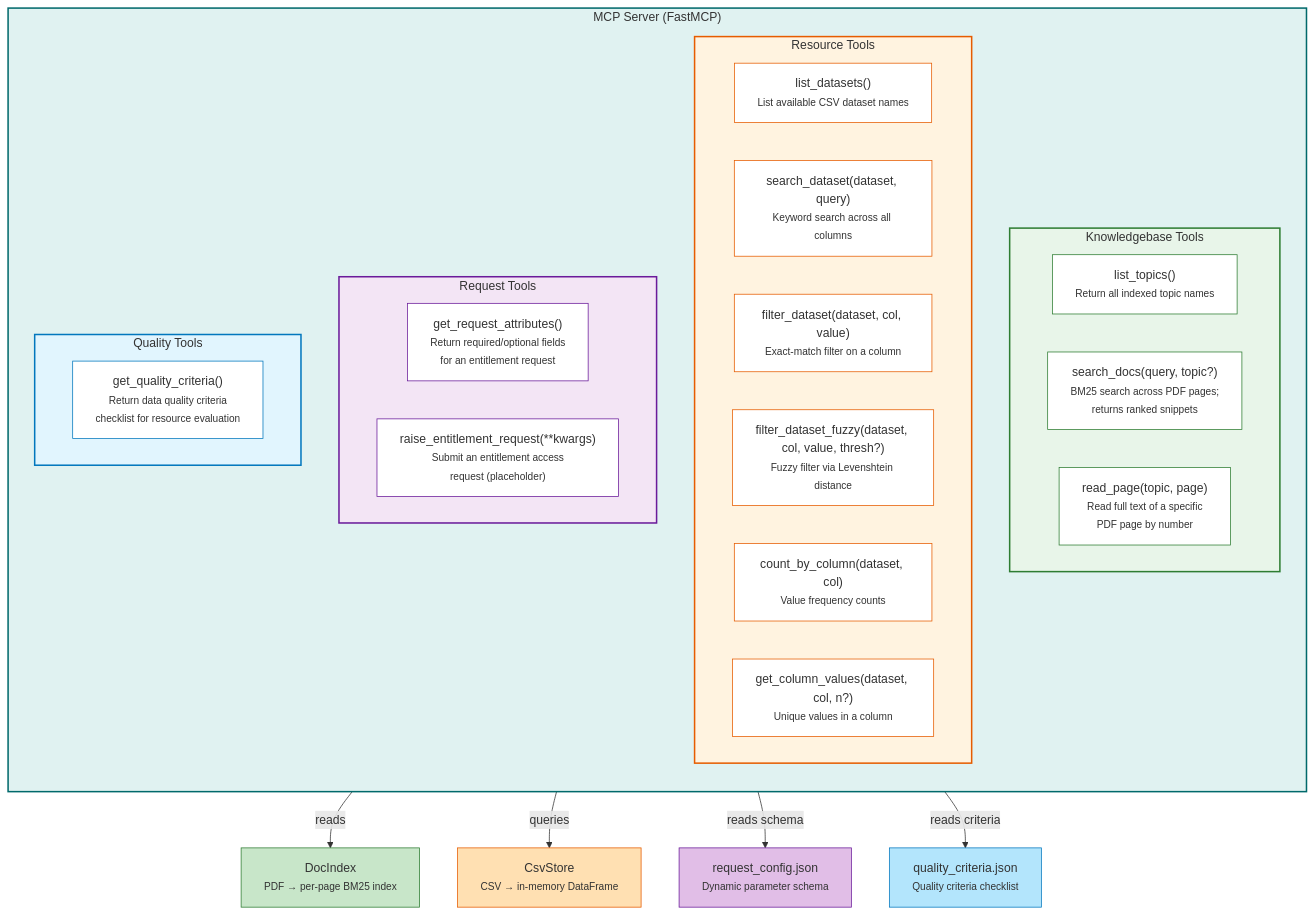
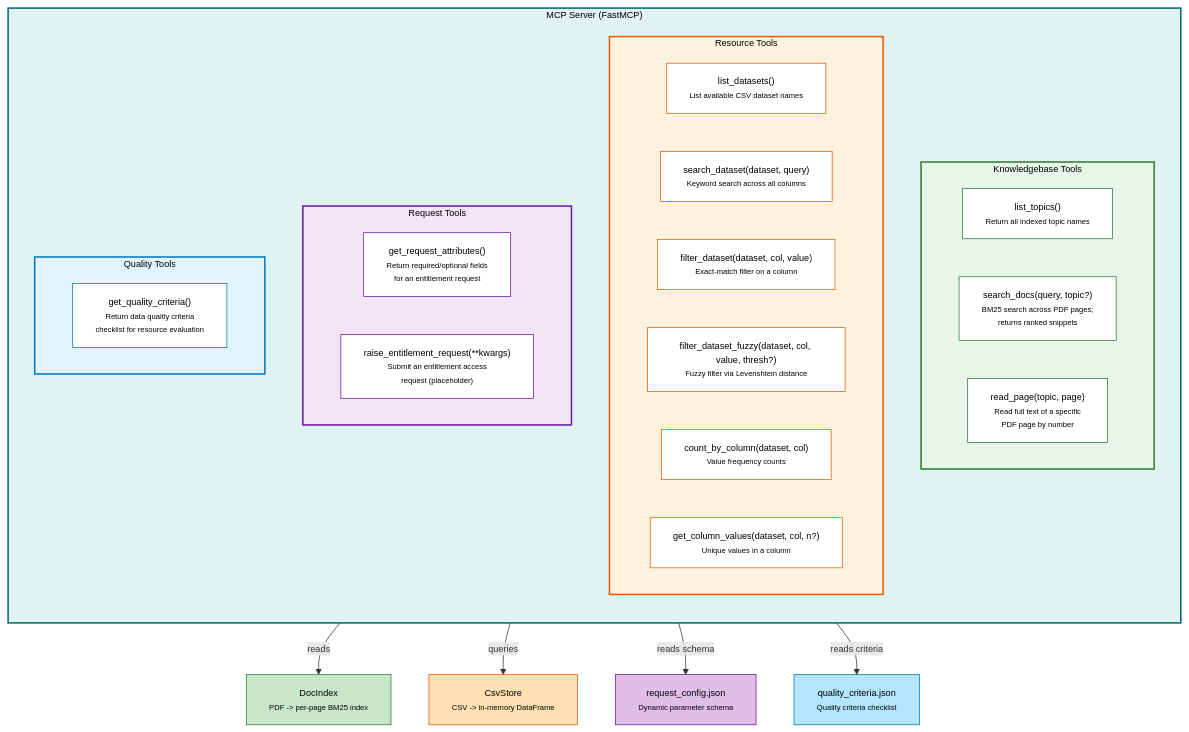
One commit to vsrajan/AgenticAI changed the third of 3 diagrams in docs/architecture.md. Above: the diagram before and after it, drawn with Mermaid. The commit also changed other lines of this file, not shown here.

First line of the commit message:
Improve Mermaid diagram legibility for dark-theme browsers

````diff
--- a/docs/architecture.md
+++ b/docs/architecture.md
@@ -157,57 +159,58 @@
 ```mermaid
+%%{init: {'theme': 'default', 'themeVariables': {'fontSize': '12px'}, 'flowchart': {'useMaxWidth': false}}}%%
 graph TD
     subgraph MCP_SERVER ["MCP Server (FastMCP)"]
         direction TB
 
         subgraph KB_GROUP ["Knowledgebase Tools"]
             T1["list_topics()<br/><small>Return all indexed topic names</small>"]
             T2["search_docs(query, topic?)<br/><small>BM25 search across PDF pages;<br/>returns ranked snippets</small>"]
             T3["read_page(topic, page)<br/><small>Read full text of a specific<br/>PDF page by number</small>"]
         end
 
         subgraph RES_GROUP ["Resource Tools"]
             T4["list_datasets()<br/><small>List available CSV dataset names</small>"]
             T5["search_dataset(dataset, query)<br/><small>Keyword search across all columns</small>"]
             T6["filter_dataset(dataset, col, value)<br/><small>Exact-match filter on a column</small>"]
             T7["filter_dataset_fuzzy(dataset, col, value, thresh?)<br/><small>Fuzzy filter via Levenshtein distance</small>"]
             T8["count_by_column(dataset, col)<br/><small>Value frequency counts</small>"]
             T9["get_column_values(dataset, col, n?)<br/><small>Unique values in a column</small>"]
         end
 
         subgraph REQ_GROUP ["Request Tools"]
             T10["get_request_attributes()<br/><small>Return required/optional fields<br/>for an entitlement request</small>"]
             T11["raise_entitlement_request(**kwargs)<br/><small>Submit an entitlement access<br/>request (placeholder)</small>"]
         end
 
         subgraph QUAL_GROUP ["Quality Tools"]
             T12["get_quality_criteria()<br/><small>Return data quality criteria<br/>checklist for resource evaluation</small>"]
         end
     end
 
-    KB_GROUP -->|"reads"| DOC_IDX["DocIndex<br/><small>PDF → per-page BM25 index</small>"]
-    RES_GROUP -->|"queries"| CSV_STORE["CsvStore<br/><small>CSV → in-memory DataFrame</small>"]
+    KB_GROUP -->|"reads"| DOC_IDX["DocIndex<br/><small>PDF -> per-page BM25 index</small>"]
+    RES_GROUP -->|"queries"| CSV_STORE["CsvStore<br/><small>CSV -> in-memory DataFrame</small>"]
     REQ_GROUP -->|"reads schema"| REQ_CFG["request_config.json<br/><small>Dynamic parameter schema</small>"]
     QUAL_GROUP -->|"reads criteria"| QUAL_CFG["quality_criteria.json<br/><small>Quality criteria checklist</small>"]
 
-    style MCP_SERVER fill:#e0f2f1,stroke:#00696b,stroke-width:2px
-    style KB_GROUP fill:#e8f5e9,stroke:#2e7d32,stroke-width:2px
-    style RES_GROUP fill:#fff3e0,stroke:#e65c00,stroke-width:2px
-    style REQ_GROUP fill:#f3e5f5,stroke:#6a1b9a,stroke-width:2px
-    style DOC_IDX fill:#c8e6c9,stroke:#2e7d32,stroke-width:1px
-    style CSV_STORE fill:#ffe0b2,stroke:#e65c00,stroke-width:1px
-    style REQ_CFG fill:#e1bee7,stroke:#6a1b9a,stroke-width:1px
-    style T1 fill:#fff,stroke:#2e7d32
-    style T2 fill:#fff,stroke:#2e7d32
-    style T3 fill:#fff,stroke:#2e7d32
-    style T4 fill:#fff,stroke:#e65c00
-    style T5 fill:#fff,stroke:#e65c00
-    style T6 fill:#fff,stroke:#e65c00
-    style T7 fill:#fff,stroke:#e65c00
-    style T8 fill:#fff,stroke:#e65c00
-    style T9 fill:#fff,stroke:#e65c00
-    style T10 fill:#fff,stroke:#6a1b9a
-    style T11 fill:#fff,stroke:#6a1b9a
-    style QUAL_GROUP fill:#e1f5fe,stroke:#0277bd,stroke-width:2px
-    style QUAL_CFG fill:#b3e5fc,stroke:#0277bd,stroke-width:1px
-    style T12 fill:#fff,stroke:#0277bd
+    style MCP_SERVER fill:#e0f2f1,stroke:#00696b,stroke-width:2px,color:#000
+    style KB_GROUP fill:#e8f5e9,stroke:#2e7d32,stroke-width:2px,color:#000
+    style RES_GROUP fill:#fff3e0,stroke:#e65c00,stroke-width:2px,color:#000
+    style REQ_GROUP fill:#f3e5f5,stroke:#6a1b9a,stroke-width:2px,color:#000
+    style DOC_IDX fill:#c8e6c9,stroke:#2e7d32,stroke-width:1px,color:#000
+    style CSV_STORE fill:#ffe0b2,stroke:#e65c00,stroke-width:1px,color:#000
+    style REQ_CFG fill:#e1bee7,stroke:#6a1b9a,stroke-width:1px,color:#000
+    style T1 fill:#fff,stroke:#2e7d32,color:#000
+    style T2 fill:#fff,stroke:#2e7d32,color:#000
+    style T3 fill:#fff,stroke:#2e7d32,color:#000
+    style T4 fill:#fff,stroke:#e65c00,color:#000
+    style T5 fill:#fff,stroke:#e65c00,color:#000
+    style T6 fill:#fff,stroke:#e65c00,color:#000
+    style T7 fill:#fff,stroke:#e65c00,color:#000
+    style T8 fill:#fff,stroke:#e65c00,color:#000
+    style T9 fill:#fff,stroke:#e65c00,color:#000
+    style T10 fill:#fff,stroke:#6a1b9a,color:#000
+    style T11 fill:#fff,stroke:#6a1b9a,color:#000
+    style QUAL_GROUP fill:#e1f5fe,stroke:#0277bd,stroke-width:2px,color:#000
+    style QUAL_CFG fill:#b3e5fc,stroke:#0277bd,stroke-width:1px,color:#000
+    style T12 fill:#fff,stroke:#0277bd,color:#000
 ```
````
